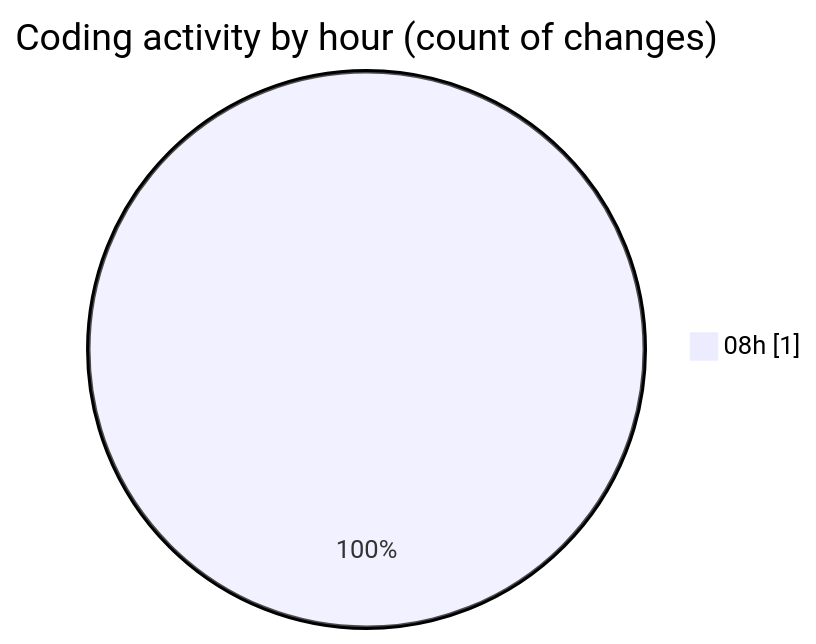
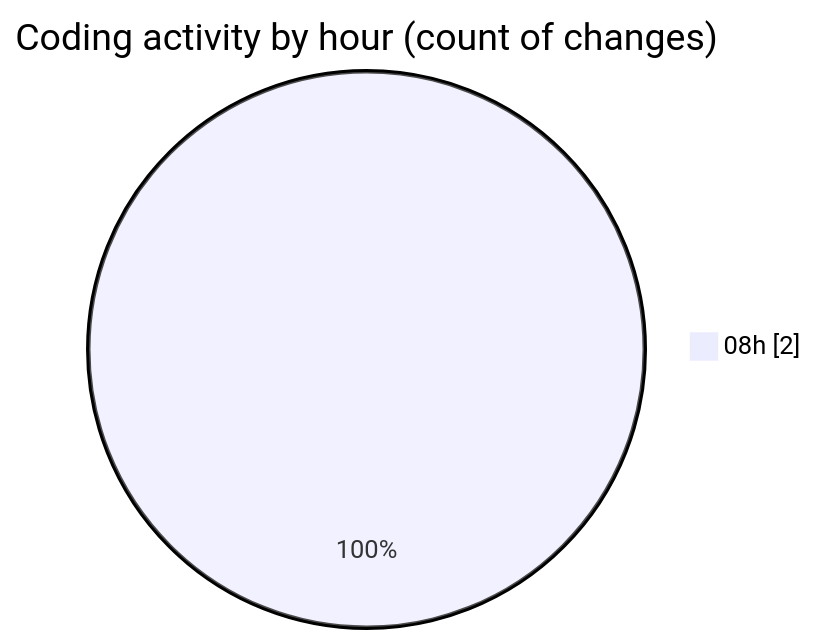
Before and after one commit to robertbonfada/code-tracking: the second of 2 diagrams in 2025-01-13/termonied-web/README.md, drawn with Mermaid. The commit also changed other lines of this file and 1 other file, not shown here.

````diff
--- a/2025-01-13/termonied-web/README.md
+++ b/2025-01-13/termonied-web/README.md
@@ -28,5 +30,5 @@
 ```mermaid
 pie showData
 title Coding activity by hour (count of changes)
-"08h" : 1
+"08h" : 2
 ```
````
